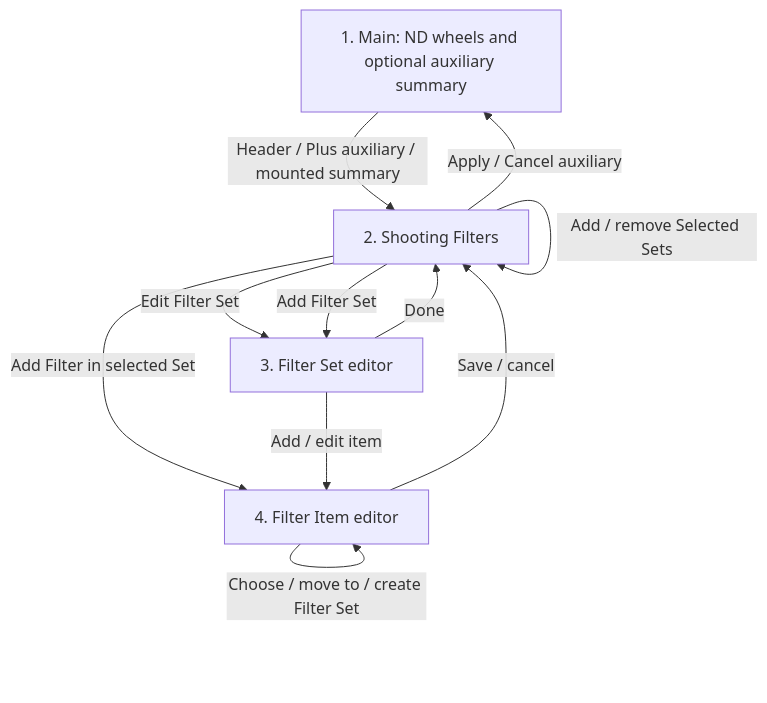
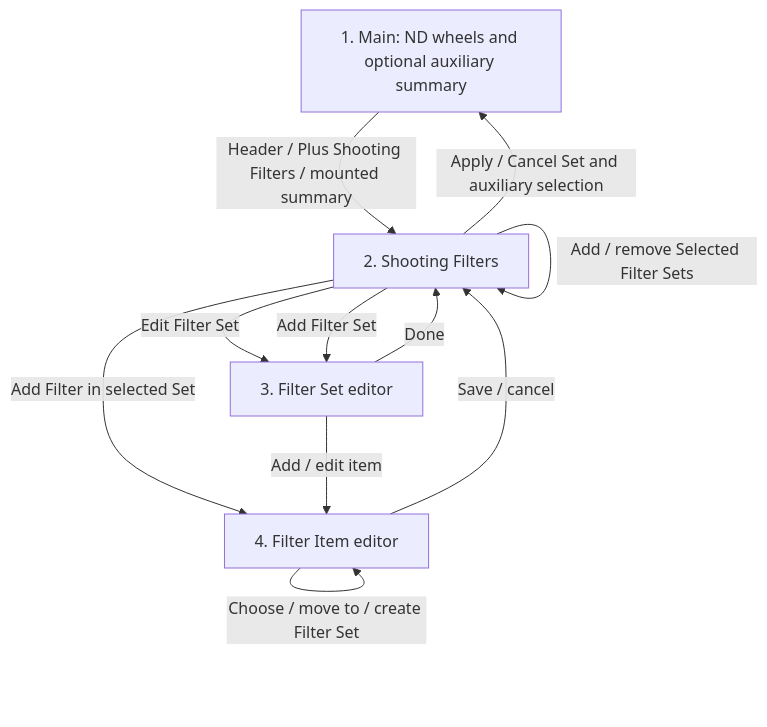
Before and after one commit to sangwookhan/photography-timer: the diagram in docs/specs/calculator/filter-sets.md, drawn with Mermaid. The commit also changed other lines of this file and 1 other file, not shown here.

First line of the commit message:
Clarify Shooting Filters roles and selected Set behavior

````diff
--- a/docs/specs/calculator/filter-sets.md
+++ b/docs/specs/calculator/filter-sets.md
@@ -742,13 +757,13 @@
 ```mermaid
 flowchart TD
-  M["1. Main: ND wheels and optional auxiliary summary"] -->|"Header / Plus auxiliary / mounted summary"| P["2. Shooting Filters"]
-  P -->|"Apply / Cancel auxiliary"| M
-  P -->|"Add / remove Selected Sets"| P
+  M["1. Main: ND wheels and optional auxiliary summary"] -->|"Header / Plus Shooting Filters / mounted summary"| P["2. Shooting Filters"]
+  P -->|"Apply / Cancel Set and auxiliary selection"| M
+  P -->|"Add / remove Selected Filter Sets"| P
   P -->|"Add Filter in selected Set"| I["4. Filter Item editor"]
   P -->|"Edit Filter Set"| E["3. Filter Set editor"]
   P -->|"Add Filter Set"| E
   E -->|"Add / edit item"| I
   I -->|"Choose / move to / create Filter Set"| I
   I -->|"Save / cancel"| P
   E -->|"Done"| P
 ```
````
